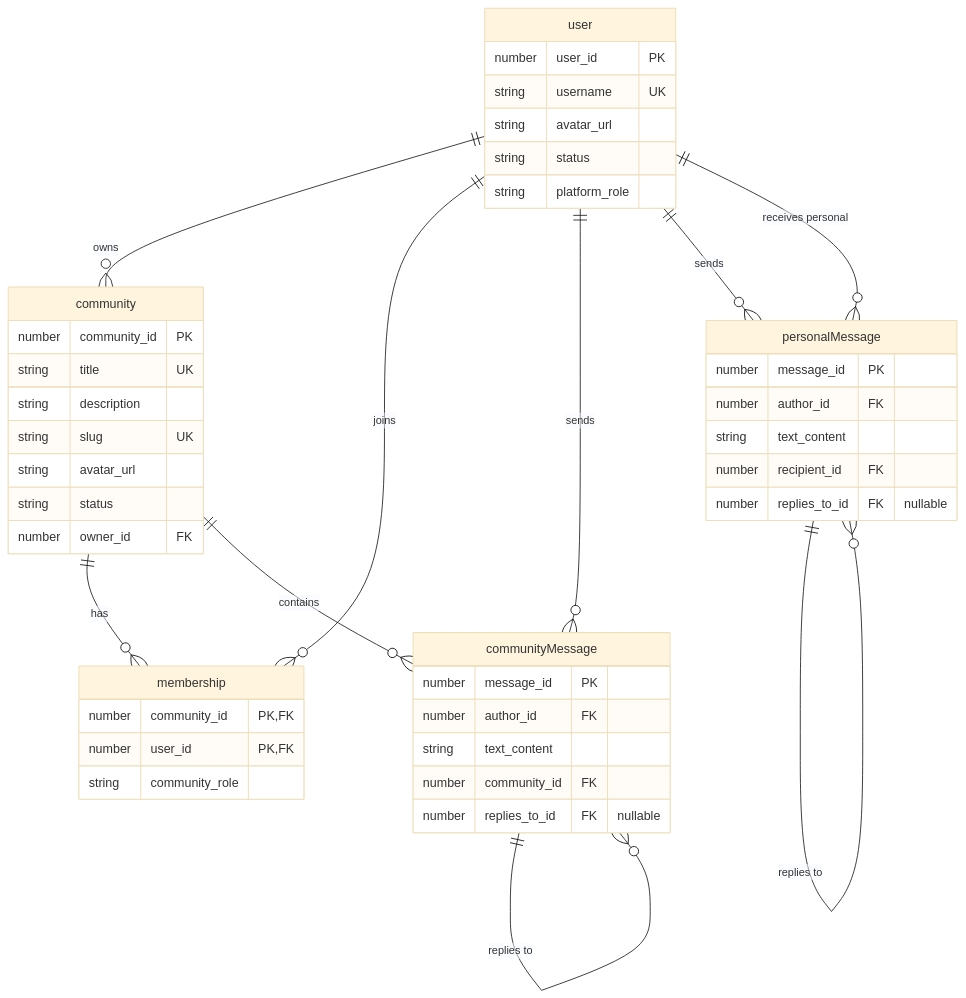
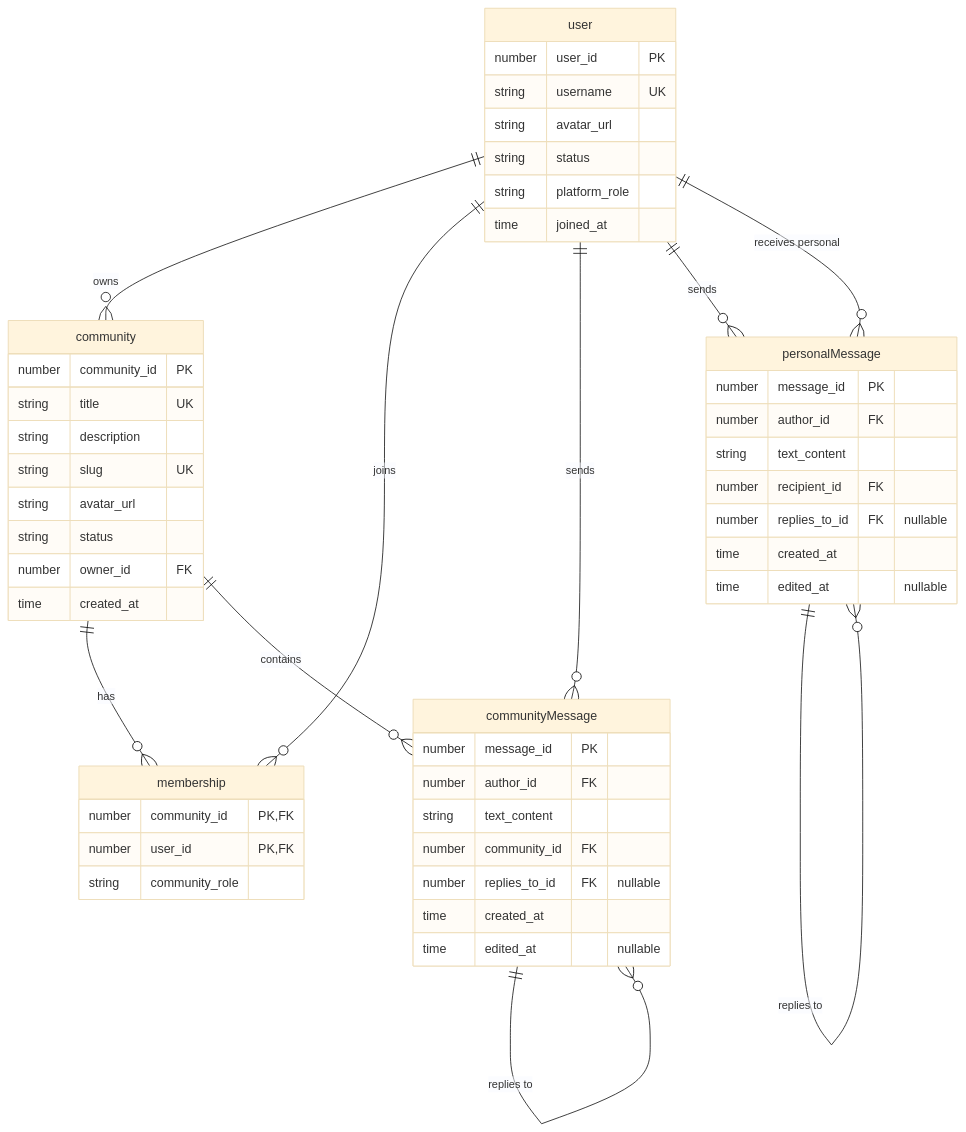
One commit to devl0g/KPI_lab1 changed the diagram in model.mmd. Above: the diagram before and after it, drawn with Mermaid (base theme). The commit also changed 1 other file, not shown here.

Commit message:
feat(erd): added time marks into erd according updated spec.md

```diff
--- a/model.mmd
+++ b/model.mmd
@@ -1,51 +1,56 @@
-
 erDiagram
     user {
         number user_id PK
         string username UK
         string avatar_url
         string status
         string platform_role
+        time joined_at
     }
 
     community {
         number community_id PK
         string title UK
         string description
         string slug UK
         string avatar_url
         string status
         number owner_id FK
+        time created_at
     }
 
     membership {
         number community_id PK,FK
         number user_id PK,FK
         string community_role
     }
 
     personalMessage {
         number message_id PK
         number author_id FK
         string text_content
         number recipient_id FK
         number replies_to_id FK "nullable"
+        time created_at
+        time edited_at "nullable"
     }
 
     communityMessage {
         number message_id PK
         number author_id FK
         string text_content
         number community_id FK
         number replies_to_id FK "nullable"
+        time created_at
+        time edited_at "nullable"
     }
 
     user ||--o{ community : "owns"
     user ||--o{ membership : "joins"
     user ||--o{ communityMessage : "sends"
     user ||--o{ personalMessage : "sends"
     user ||--o{ personalMessage : "receives personal"
     community ||--o{ membership : "has"
     community ||--o{ communityMessage : "contains"
     personalMessage ||--o{ personalMessage : "replies to"
     communityMessage ||--o{ communityMessage : "replies to"
```
